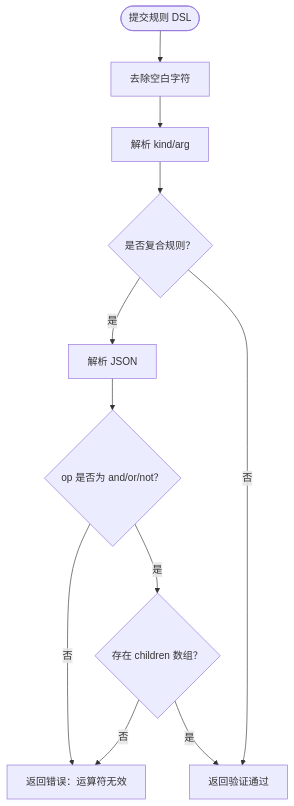
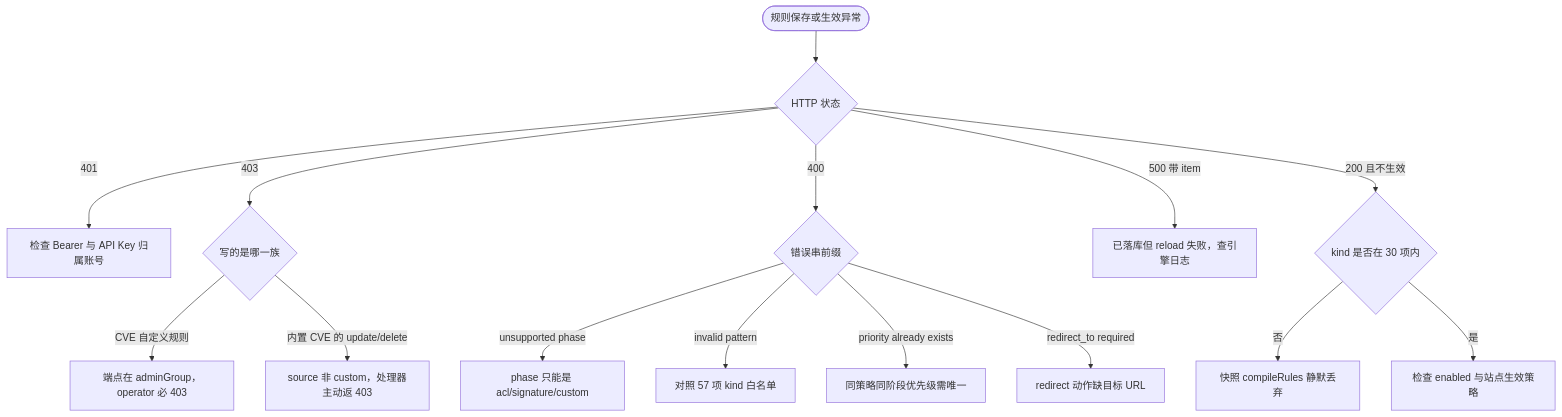
Before and after one commit to x01n/My-OpenWaf: the sixth of 6 diagrams in docs/管理 API 系统/规则管理 API/规则管理 API.md, drawn with Mermaid. The commit also changed other lines of this file and 622 other files, not shown here.

````diff
--- a/docs/管理 API 系统/规则管理 API/规则管理 API.md
+++ b/docs/管理 API 系统/规则管理 API/规则管理 API.md
@@ -300,13 +636,17 @@
 ```mermaid
 flowchart TD
-VStart(["提交规则 DSL"]) --> Trim["去除空白字符"]
-Trim --> KindArg["解析 kind/arg"]
-KindArg --> IsCompound{"是否复合规则？"}
-IsCompound --> |是| ParseJSON["解析 JSON"]
-ParseJSON --> CheckOp{"op 是否为 and/or/not？"}
-CheckOp --> |否| Err["返回错误：运算符无效"]
-CheckOp --> |是| CheckChildren{"存在 children 数组？"}
-CheckChildren --> |否| Err
-CheckChildren --> |是| Ok["返回验证通过"]
-IsCompound --> |否| Ok
+  S(["规则保存或生效异常"]) --> A{"HTTP 状态"}
+  A --> |401| B["检查 Bearer 与 API Key 归属账号"]
+  A --> |403| C{"写的是哪一族"}
+  C --> |CVE 自定义规则| C1["端点在 adminGroup，operator 必 403"]
+  C --> |内置 CVE 的 update/delete| C2["source 非 custom，处理器主动返 403"]
+  A --> |400| D{"错误串前缀"}
+  D --> |unsupported phase| E["phase 只能是 acl/signature/custom"]
+  D --> |invalid pattern| F["对照 57 项 kind 白名单"]
+  D --> |priority already exists| G["同策略同阶段优先级需唯一"]
+  D --> |redirect_to required| H["redirect 动作缺目标 URL"]
+  A --> |500 带 item| I["已落库但 reload 失败，查引擎日志"]
+  A --> |200 且不生效| J{"kind 是否在 30 项内"}
+  J --> |否| K["快照 compileRules 静默丢弃"]
+  J --> |是| L["检查 enabled 与站点生效策略"]
 ```
````
